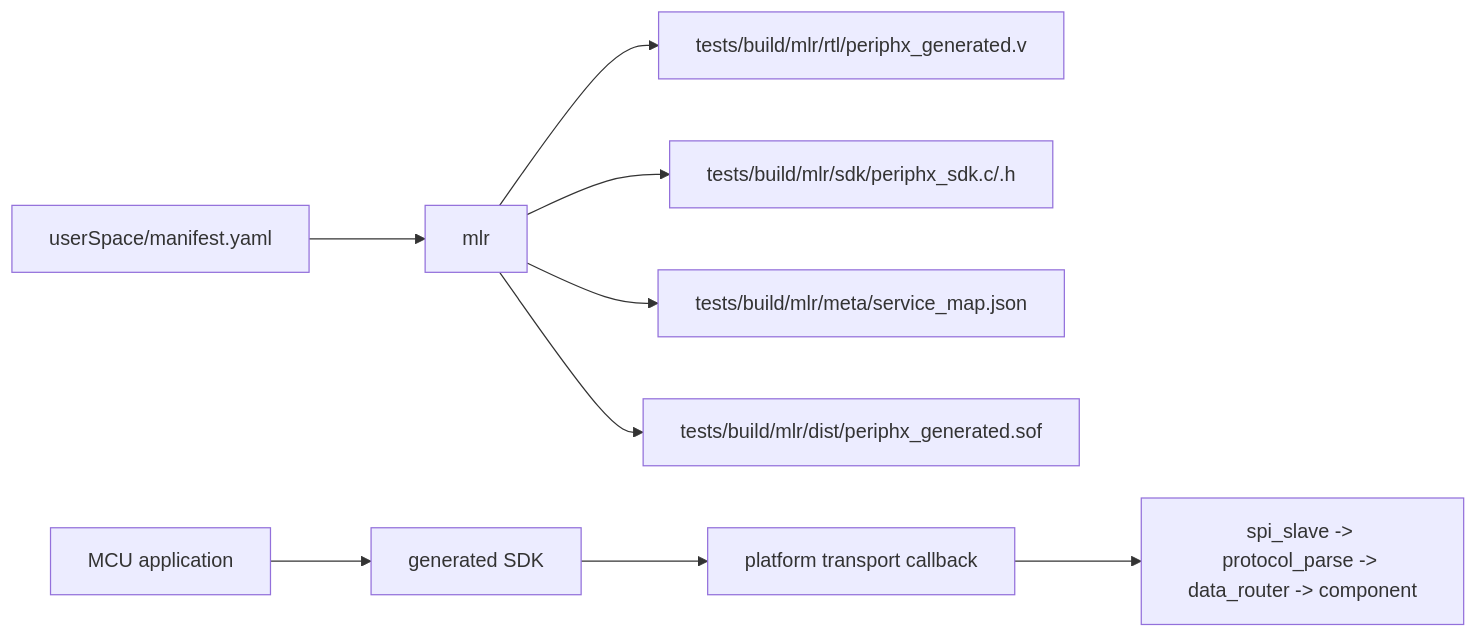
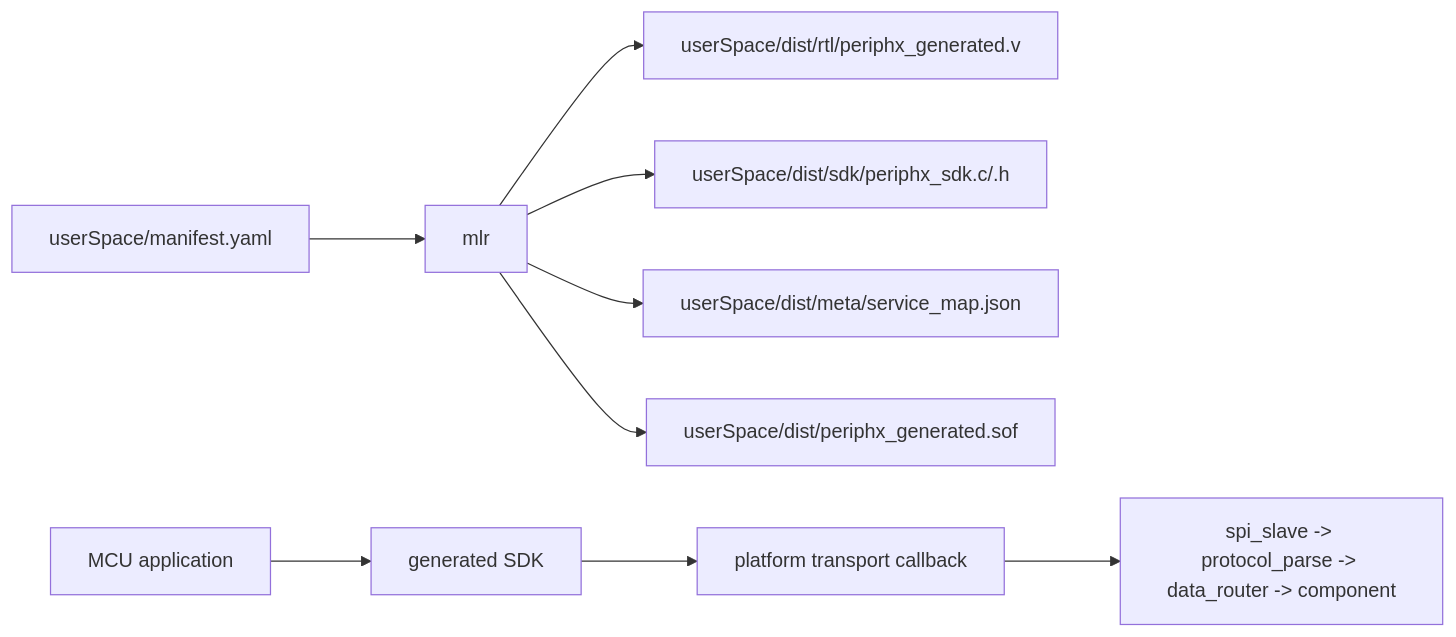
The diagram in README.md (MaoLvEr12138/PeriphX), drawn with Mermaid before and after one commit. The commit also changed other lines of this file and 13 other files, not shown here.

````diff
--- a/README.md
+++ b/README.md
@@ -54,11 +54,11 @@
 ```mermaid
 flowchart LR
     M["userSpace/manifest.yaml"] --> G["mlr"]
-    G --> RTL["tests/build/mlr/rtl/periphx_generated.v"]
-    G --> SDK["tests/build/mlr/sdk/periphx_sdk.c/.h"]
-    G --> MAP["tests/build/mlr/meta/service_map.json"]
-    G --> SOF["tests/build/mlr/dist/periphx_generated.sof"]
+    G --> RTL["userSpace/dist/rtl/periphx_generated.v"]
+    G --> SDK["userSpace/dist/sdk/periphx_sdk.c/.h"]
+    G --> MAP["userSpace/dist/meta/service_map.json"]
+    G --> SOF["userSpace/dist/periphx_generated.sof"]
     MCU["MCU application"] --> SDK_USE["generated SDK"]
     SDK_USE --> TRANSPORT["platform transport callback"]
     TRANSPORT --> FPGA["spi_slave -> protocol_parse -> data_router -> component"]
 ```
````
